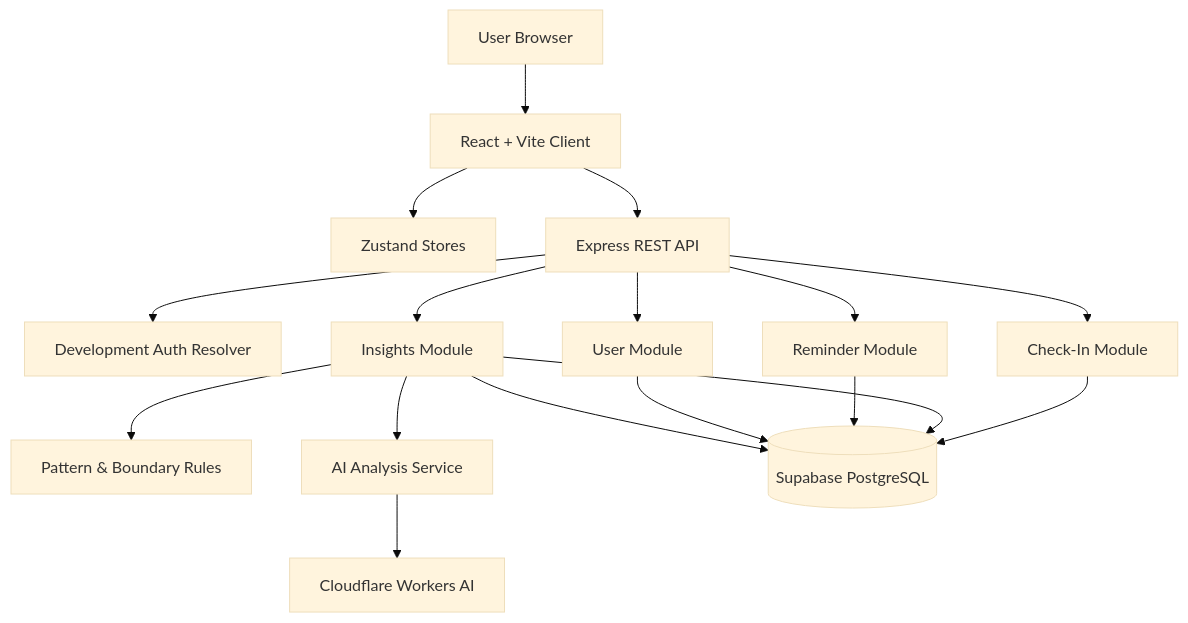
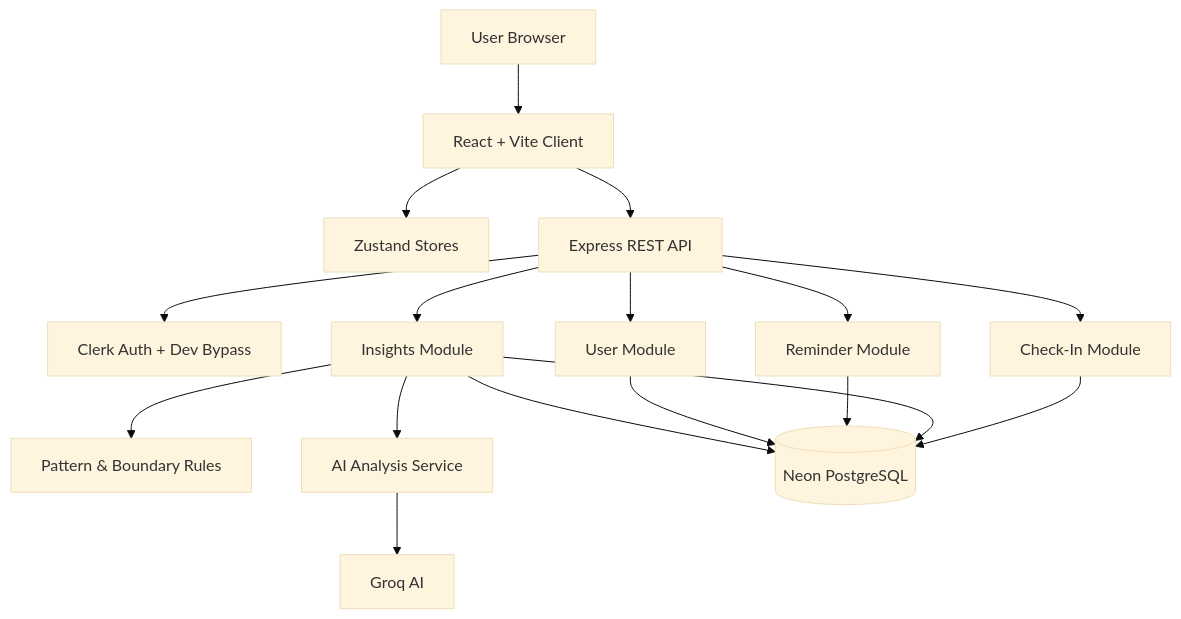
One commit to bert114/vibe-code-steady-ahhhh changed the diagram in docs/TechDesign-Steady-Ahh-MVP.md. Above: the diagram before and after it, drawn with Mermaid (base theme). The commit also changed other lines of this file and 8 other files, not shown here.

````diff
--- a/docs/TechDesign-Steady-Ahh-MVP.md
+++ b/docs/TechDesign-Steady-Ahh-MVP.md
@@ -65,33 +65,33 @@
 ```mermaid
 graph TB
     U[User Browser]
     C[React + Vite Client]
     S[Zustand Stores]
     API[Express REST API]
-    AUTH[Development Auth Resolver]
+    AUTH[Clerk Auth + Dev Bypass]
     M1[Check-In Module]
     M2[Insights Module]
     M3[Reminder Module]
     M4[User Module]
     RULES[Pattern & Boundary Rules]
     AI[AI Analysis Service]
-    CF[Cloudflare Workers AI]
-    DB[(Supabase PostgreSQL)]
+    GQ[Groq AI]
+    DB[(Neon PostgreSQL)]
 
     U --> C
     C --> S
     C --> API
     API --> AUTH
     API --> M1
     API --> M2
     API --> M3
     API --> M4
     M1 --> DB
     M2 --> DB
     M3 --> DB
     M4 --> DB
     M2 --> RULES
     M2 --> AI
-    AI --> CF
+    AI --> GQ
     M2 --> DB
 ```
````
